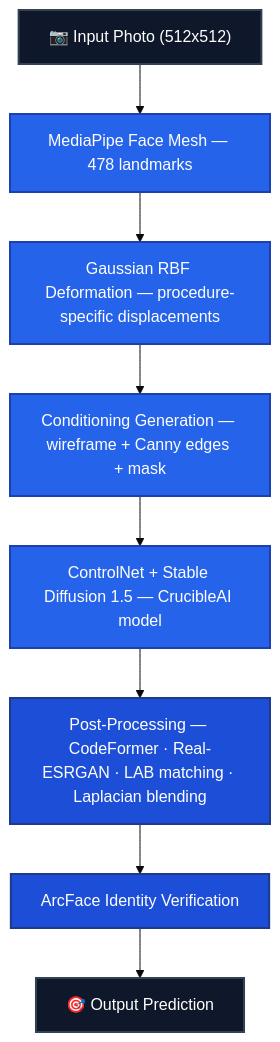
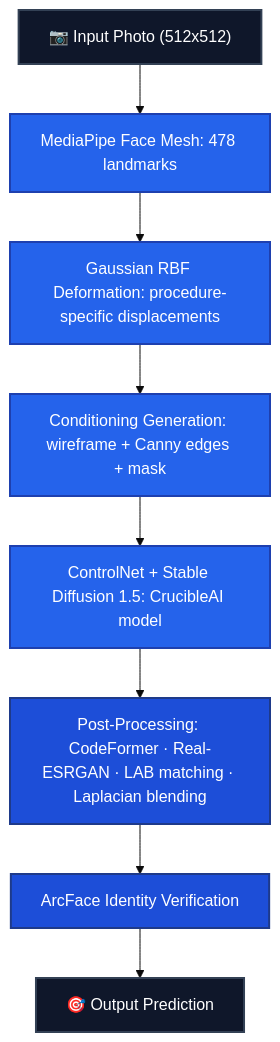
Before and after one commit to dreamlessx/LandmarkDiff-public: the diagram in README.md, drawn with Mermaid (base theme). The commit also changed 81 other files, not shown here.

````diff
--- a/README.md
+++ b/README.md
@@ -271,15 +271,15 @@
 ```mermaid
 graph TD
     classDef stage fill:#2563eb,stroke:#1e40af,color:#fff,stroke-width:2px
     classDef post fill:#1d4ed8,stroke:#1e3a8a,color:#fff,stroke-width:2px
     classDef io fill:#0f172a,stroke:#334155,color:#fff,stroke-width:2px
 
     A["📷 Input Photo (512x512)"]:::io
-    A --> B["MediaPipe Face Mesh — 478 landmarks"]:::stage
-    B --> C["Gaussian RBF Deformation — procedure-specific displacements"]:::stage
-    C --> D["Conditioning Generation — wireframe + Canny edges + mask"]:::stage
-    D --> E["ControlNet + Stable Diffusion 1.5 — CrucibleAI model"]:::stage
-    E --> F["Post-Processing — CodeFormer · Real-ESRGAN · LAB matching · Laplacian blending"]:::post
+    A --> B["MediaPipe Face Mesh: 478 landmarks"]:::stage
+    B --> C["Gaussian RBF Deformation: procedure-specific displacements"]:::stage
+    C --> D["Conditioning Generation: wireframe + Canny edges + mask"]:::stage
+    D --> E["ControlNet + Stable Diffusion 1.5: CrucibleAI model"]:::stage
+    E --> F["Post-Processing: CodeFormer · Real-ESRGAN · LAB matching · Laplacian blending"]:::post
     F --> G["ArcFace Identity Verification"]:::post
     G --> H["🎯 Output Prediction"]:::io
 ```
````
